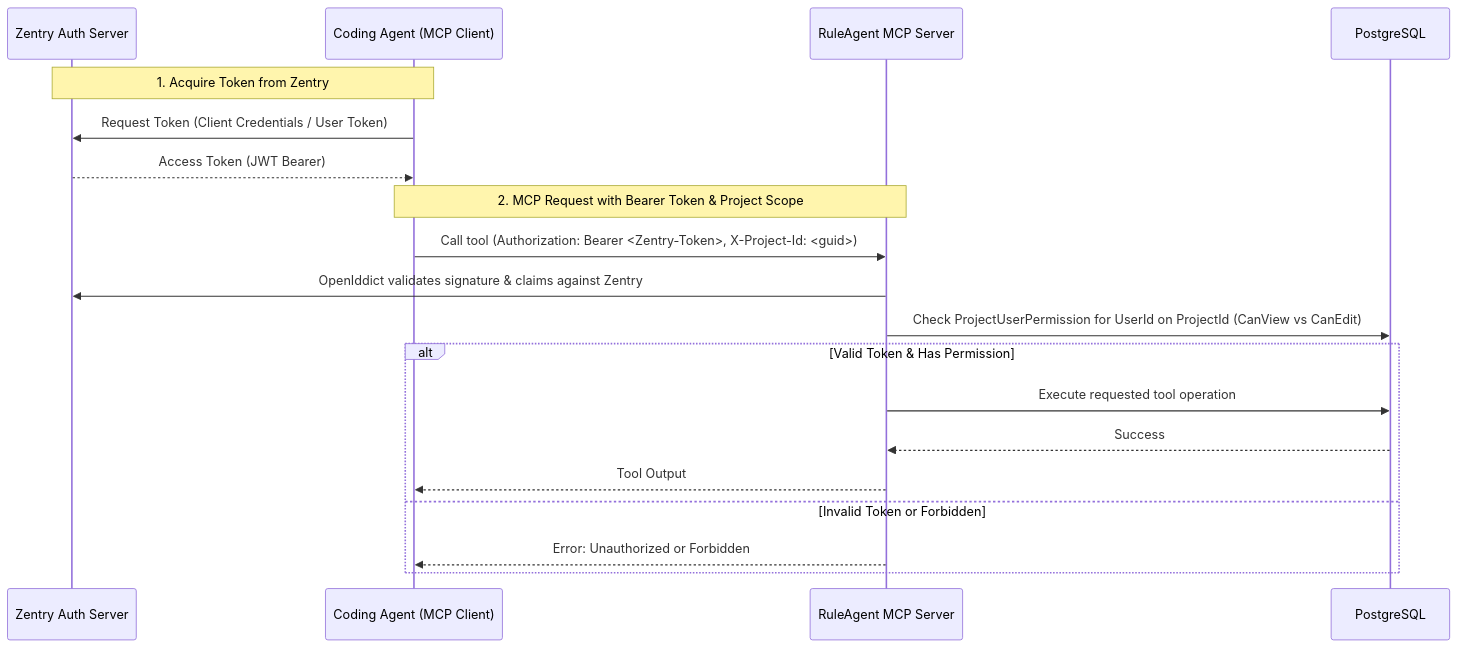
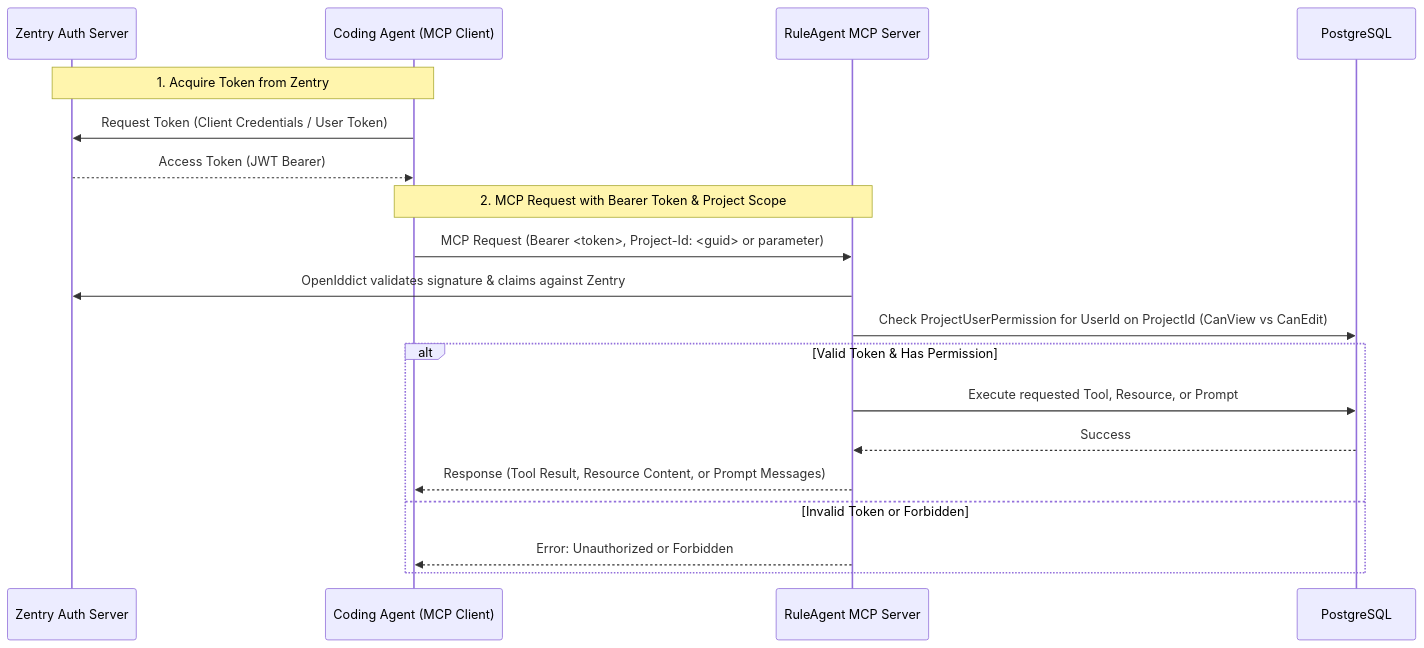
The third of 3 diagrams in RuleAgent/docs/architecture-and-requirements.md (hao-du/OpenSaur), drawn with Mermaid before and after one commit. The commit also changed other lines of this file and 61 other files, not shown here.

````diff
--- a/RuleAgent/docs/architecture-and-requirements.md
+++ b/RuleAgent/docs/architecture-and-requirements.md
@@ -227,23 +228,23 @@
 ```mermaid
 sequenceDiagram
     participant Zentry as Zentry Auth Server
     participant CA as Coding Agent (MCP Client)
     participant MCP as RuleAgent MCP Server
     participant DB as PostgreSQL
 
     Note over CA,Zentry: 1. Acquire Token from Zentry
     CA->>Zentry: Request Token (Client Credentials / User Token)
     Zentry-->>CA: Access Token (JWT Bearer)
 
     Note over CA,MCP: 2. MCP Request with Bearer Token & Project Scope
-    CA->>MCP: Call tool (Authorization: Bearer <Zentry-Token>, X-Project-Id: <guid>)
+    CA->>MCP: MCP Request (Bearer <token>, Project-Id: <guid> or parameter)
     MCP->>Zentry: OpenIddict validates signature & claims against Zentry
     MCP->>DB: Check ProjectUserPermission for UserId on ProjectId (CanView vs CanEdit)
     alt Valid Token & Has Permission
-        MCP->>DB: Execute requested tool operation
+        MCP->>DB: Execute requested Tool, Resource, or Prompt
         DB-->>MCP: Success
-        MCP-->>CA: Tool Output
+        MCP-->>CA: Response (Tool Result, Resource Content, or Prompt Messages)
     else Invalid Token or Forbidden
         MCP-->>CA: Error: Unauthorized or Forbidden
     end
 ```
````
